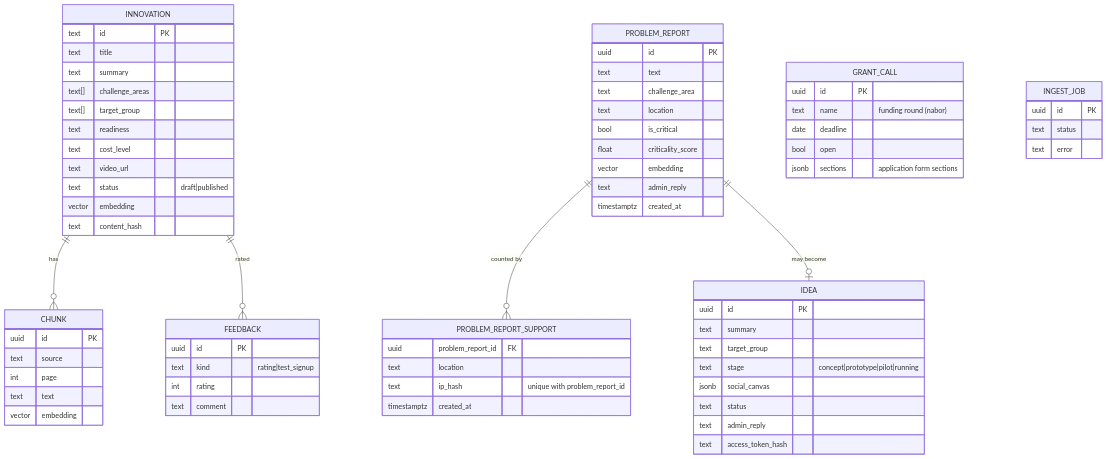
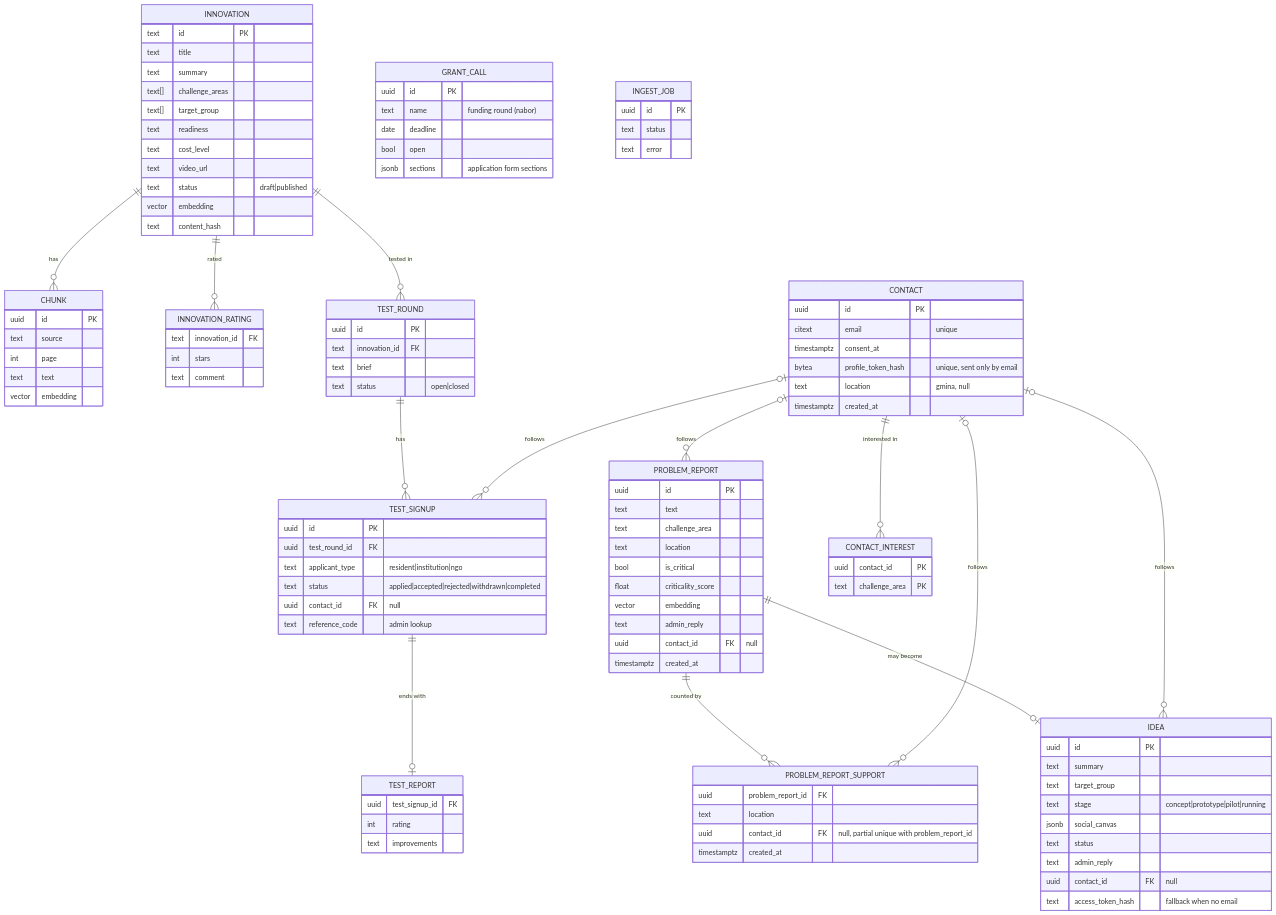
Before and after one commit to DziadBud/HackYeah2026: the fourth of 4 diagrams in documentation/backend/architecture.md, drawn with Mermaid. The commit also changed other lines of this file and 5 other files, not shown here.

```diff
--- a/documentation/backend/architecture.md
+++ b/documentation/backend/architecture.md
@@ -134,7 +150,15 @@
     INNOVATION ||--o{ CHUNK : has
     PROBLEM_REPORT ||--o{ PROBLEM_REPORT_SUPPORT : "counted by"
     PROBLEM_REPORT ||--o| IDEA : "may become"
-    INNOVATION ||--o{ FEEDBACK : rated
+    INNOVATION ||--o{ INNOVATION_RATING : rated
+    INNOVATION ||--o{ TEST_ROUND : "tested in"
+    TEST_ROUND ||--o{ TEST_SIGNUP : has
+    TEST_SIGNUP ||--o| TEST_REPORT : "ends with"
+    CONTACT |o--o{ TEST_SIGNUP : "follows"
+    CONTACT ||--o{ CONTACT_INTEREST : "interested in"
+    CONTACT |o--o{ PROBLEM_REPORT : "follows"
+    CONTACT |o--o{ PROBLEM_REPORT_SUPPORT : "follows"
+    CONTACT |o--o{ IDEA : "follows"
     INNOVATION {
         text id PK
         text title
@@ -164,12 +188,13 @@
         float criticality_score
         vector embedding
         text admin_reply
+        uuid contact_id FK "null"
         timestamptz created_at
     }
     PROBLEM_REPORT_SUPPORT {
         uuid problem_report_id FK
         text location
-        text ip_hash "unique with problem_report_id"
+        uuid contact_id FK "null, partial unique with problem_report_id"
         timestamptz created_at
     }
     IDEA {
@@ -180,12 +205,43 @@
         jsonb social_canvas
         text status
         text admin_reply
-        text access_token_hash
+        uuid contact_id FK "null"
+        text access_token_hash "fallback when no email"
     }
-    FEEDBACK {
+    CONTACT {
         uuid id PK
-        text kind "rating|test_signup"
+        citext email "unique"
+        timestamptz consent_at
+        bytea profile_token_hash "unique, sent only by email"
+        text location "gmina, null"
+        timestamptz created_at
+    }
+    CONTACT_INTEREST {
+        uuid contact_id PK
+        text challenge_area PK
+    }
+    TEST_ROUND {
+        uuid id PK
+        text innovation_id FK
+        text brief
+        text status "open|closed"
+    }
+    TEST_SIGNUP {
+        uuid id PK
+        uuid test_round_id FK
+        text applicant_type "resident|institution|ngo"
+        text status "applied|accepted|rejected|withdrawn|completed"
+        uuid contact_id FK "null"
+        text reference_code "admin lookup"
+    }
+    TEST_REPORT {
+        uuid test_signup_id FK
         int rating
+        text improvements
+    }
+    INNOVATION_RATING {
+        text innovation_id FK
+        int stars
         text comment
     }
     GRANT_CALL {
```
